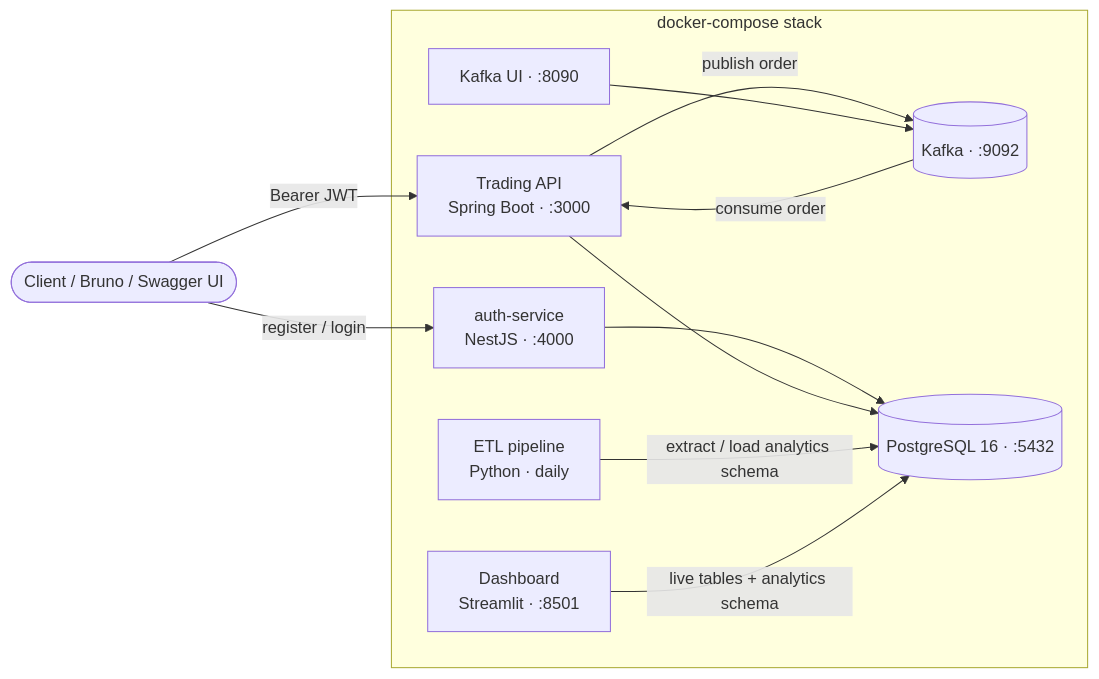
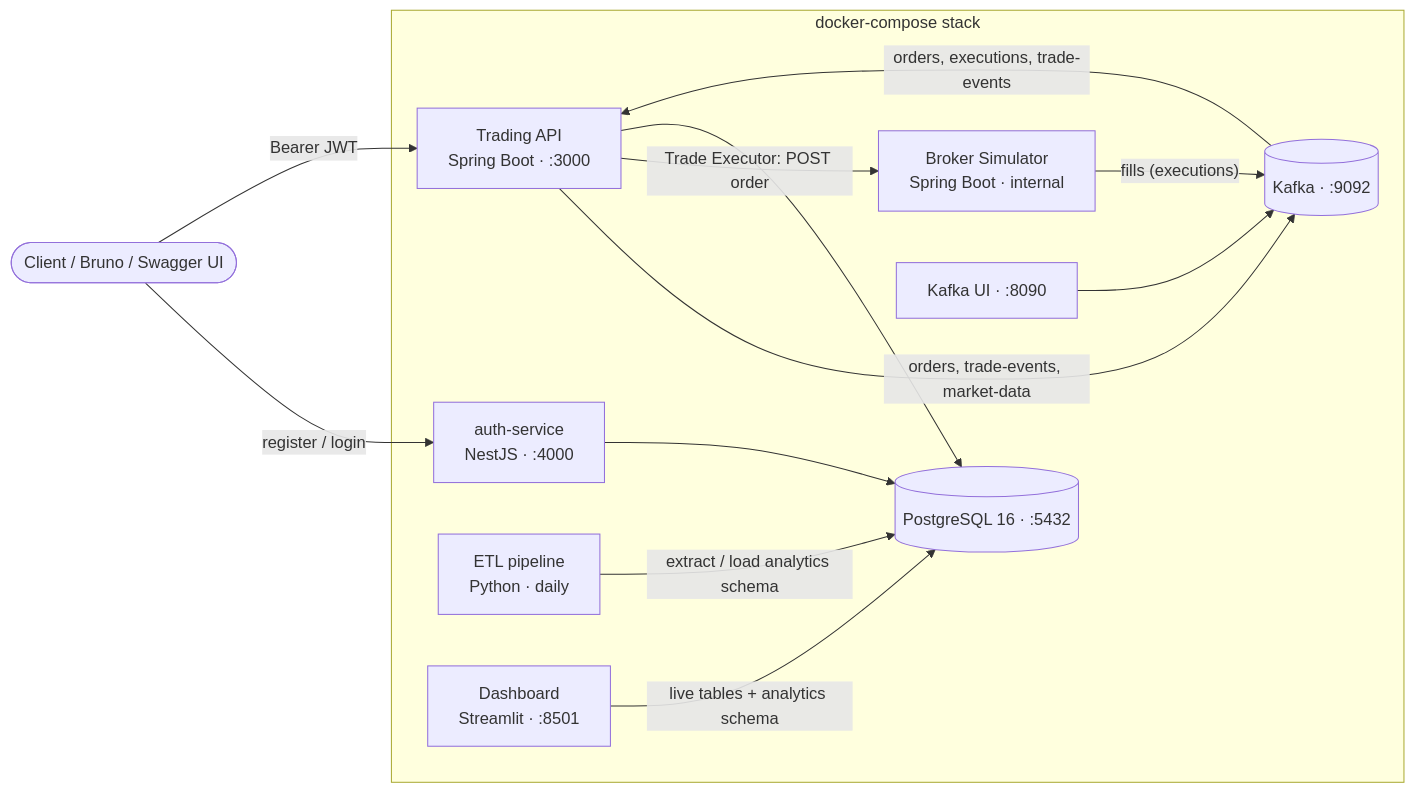
The diagram in README.md (NathanCarr10/TNS-Capital), drawn with Mermaid before and after one commit. The commit also changed other lines of this file and 20 other files, not shown here.

First line of the commit message:
feat(orders): execute orders through the Trade Executor and Broker Simulator

````diff
--- a/README.md
+++ b/README.md
@@ -29,24 +29,27 @@
 ```mermaid
 flowchart LR
     client([Client / Bruno / Swagger UI])
 
     subgraph stack[docker-compose stack]
         auth[auth-service<br/>NestJS · :4000]
         app[Trading API<br/>Spring Boot · :3000]
+        broker[Broker Simulator<br/>Spring Boot · internal]
         kafka[(Kafka · :9092)]
         pg[(PostgreSQL 16 · :5432)]
         etl[ETL pipeline<br/>Python · daily]
         dash[Dashboard<br/>Streamlit · :8501]
         ui[Kafka UI · :8090]
     end
 
     client -- "register / login" --> auth
     client -- "Bearer JWT" --> app
     auth --> pg
-    app -- "publish order" --> kafka
-    kafka -- "consume order" --> app
+    app -- "orders, trade-events, market-data" --> kafka
+    kafka -- "orders, executions, trade-events" --> app
+    app -- "Trade Executor: POST order" --> broker
+    broker -- "fills (executions)" --> kafka
     app --> pg
     etl -- "extract / load analytics schema" --> pg
     dash -- "live tables + analytics schema" --> pg
     ui --> kafka
 ```
````
